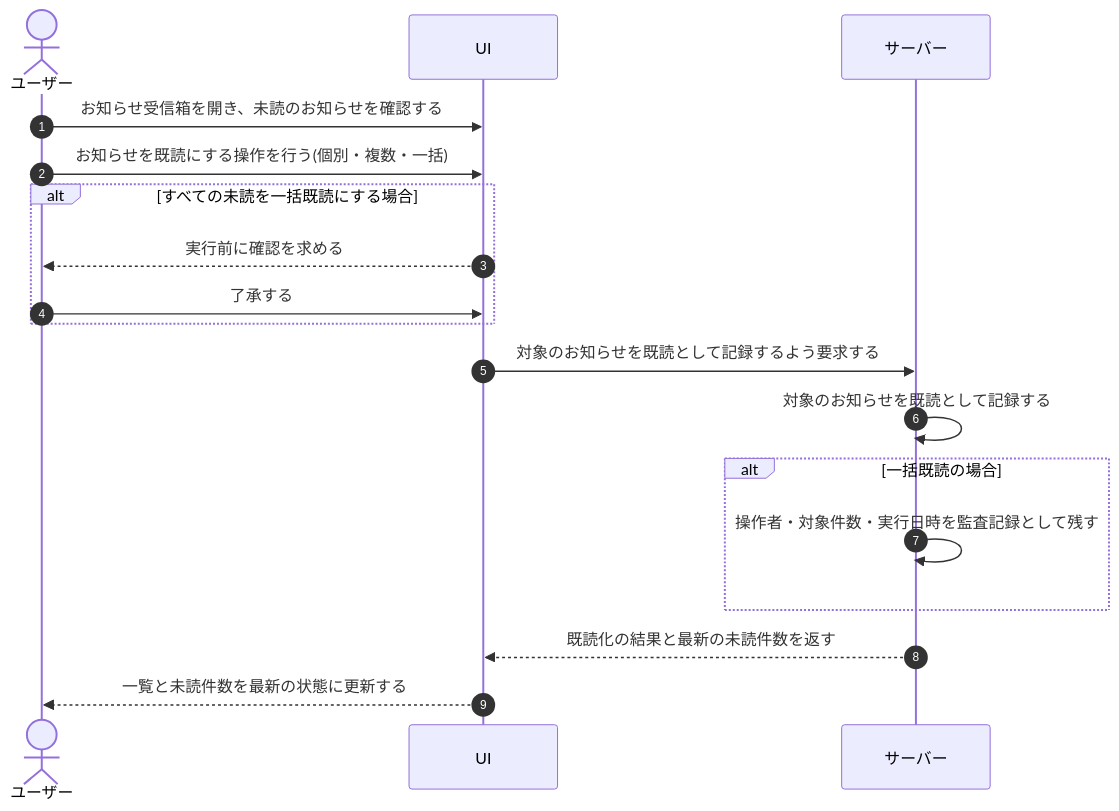
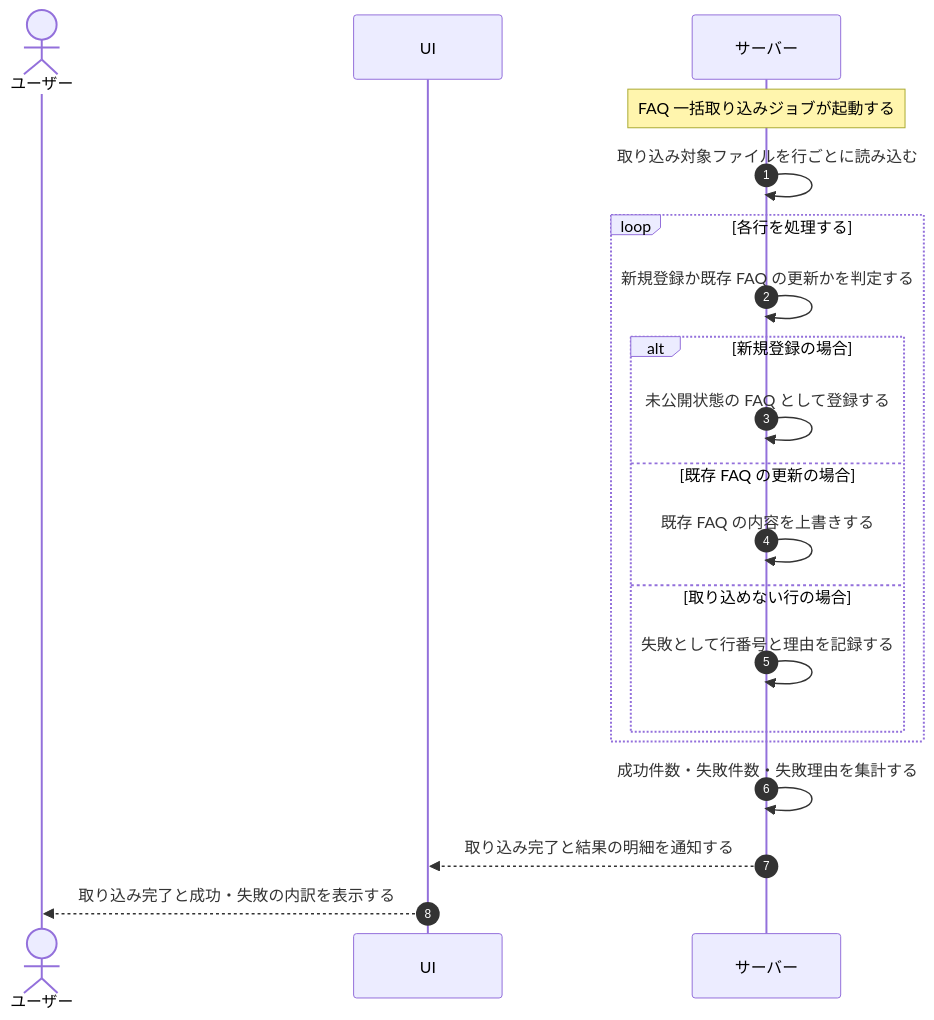
The diagram in 01_requirements/04_business_usecases/UC-046.md (sikakou54/open-faq), drawn with Mermaid before and after one commit. The commit also changed other lines of this file and 395 other files, not shown here.

````diff
--- a/01_requirements/04_business_usecases/UC-046.md
+++ b/01_requirements/04_business_usecases/UC-046.md
@@ -26,20 +27,22 @@
 ```mermaid
 sequenceDiagram
   autonumber
   actor U as ユーザー
   participant UI as UI
   participant S as サーバー
-  U->>UI: お知らせ受信箱を開き、未読のお知らせを確認する
-  U->>UI: お知らせを既読にする操作を行う(個別・複数・一括)
-  alt すべての未読を一括既読にする場合
-    UI-->>U: 実行前に確認を求める
-    U->>UI: 了承する
+  Note over S: FAQ 一括取り込みジョブが起動する
+  S->>S: 取り込み対象ファイルを行ごとに読み込む
+  loop 各行を処理する
+    S->>S: 新規登録か既存 FAQ の更新かを判定する
+    alt 新規登録の場合
+      S->>S: 未公開状態の FAQ として登録する
+    else 既存 FAQ の更新の場合
+      S->>S: 既存 FAQ の内容を上書きする
+    else 取り込めない行の場合
+      S->>S: 失敗として行番号と理由を記録する
+    end
   end
-  UI->>S: 対象のお知らせを既読として記録するよう要求する
-  S->>S: 対象のお知らせを既読として記録する
-  alt 一括既読の場合
-    S->>S: 操作者・対象件数・実行日時を監査記録として残す
-  end
-  S-->>UI: 既読化の結果と最新の未読件数を返す
-  UI-->>U: 一覧と未読件数を最新の状態に更新する
+  S->>S: 成功件数・失敗件数・失敗理由を集計する
+  S-->>UI: 取り込み完了と結果の明細を通知する
+  UI-->>U: 取り込み完了と成功・失敗の内訳を表示する
 ```
````
